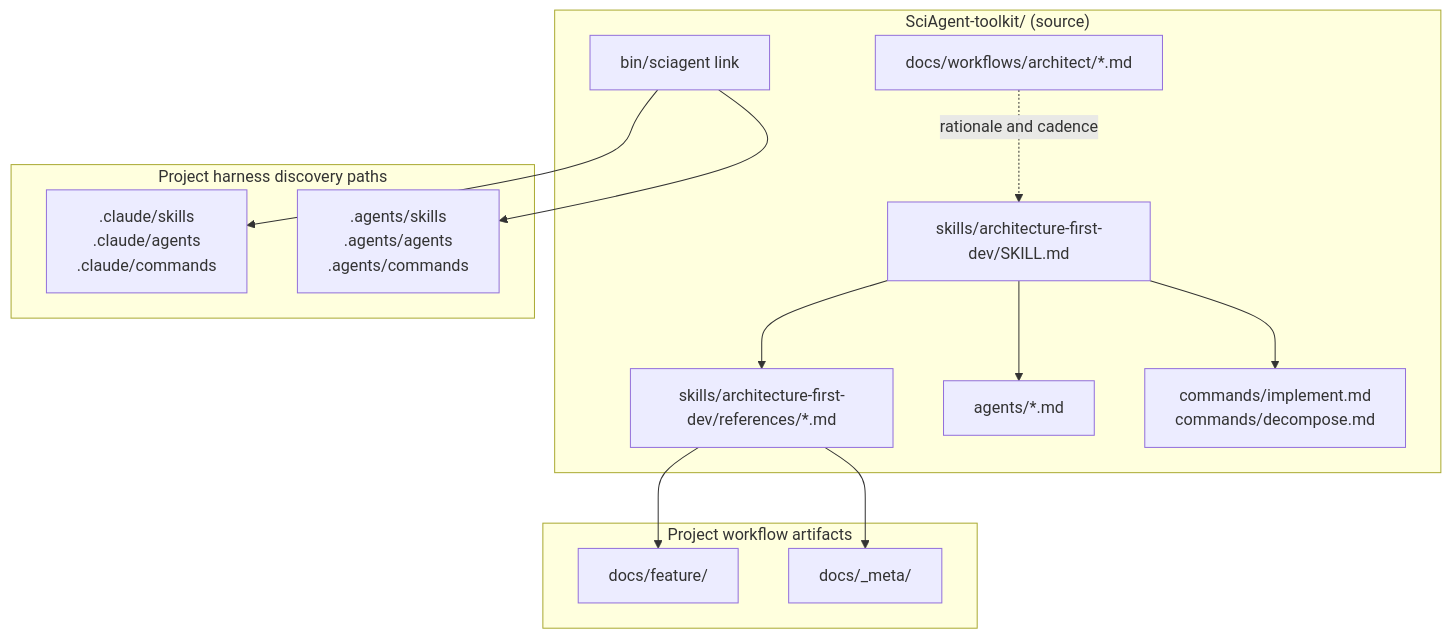
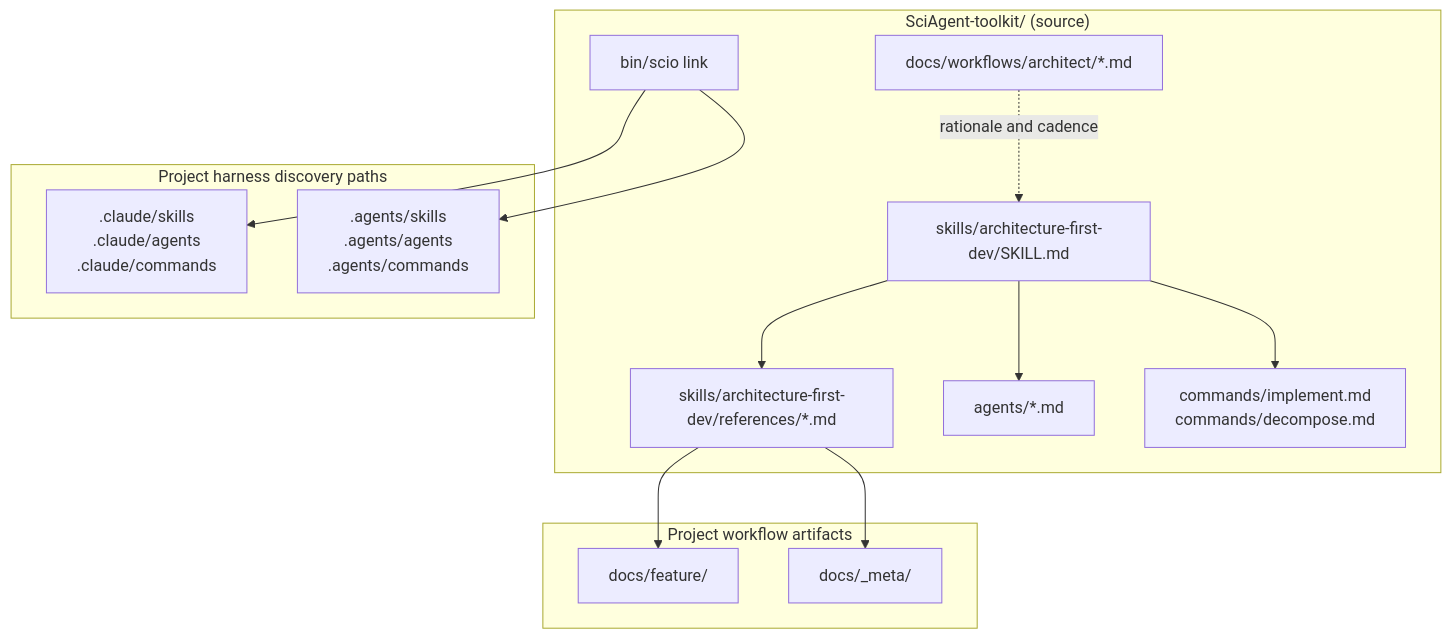
Before and after one commit to tony-zhelonkin/SciAgent-toolkit: the first of 2 diagrams in docs/workflows/architect/01-architecture.md, drawn with Mermaid. The commit also changed other lines of this file and 103 other files, not shown here.

````diff
--- a/docs/workflows/architect/01-architecture.md
+++ b/docs/workflows/architect/01-architecture.md
@@ -15,30 +15,30 @@
 ```mermaid
 graph TD
     subgraph "SciAgent-toolkit/ (source)"
         ROUTER[skills/architecture-first-dev/SKILL.md]
         REFS[skills/architecture-first-dev/references/*.md]
         AGENTS[agents/*.md]
         COMMANDS[commands/implement.md<br/>commands/decompose.md]
         DOCS[docs/workflows/architect/*.md]
-        LINK[bin/sciagent link]
+        LINK[bin/scio link]
     end
 
     subgraph "Project harness discovery paths"
         CLAUDE[.claude/skills<br/>.claude/agents<br/>.claude/commands]
         PORTABLE[.agents/skills<br/>.agents/agents<br/>.agents/commands]
     end
 
     subgraph "Project workflow artifacts"
         FEATURE[docs/feature/]
         META[docs/_meta/]
     end
 
     LINK --> CLAUDE
     LINK --> PORTABLE
     ROUTER --> REFS
     ROUTER --> AGENTS
     ROUTER --> COMMANDS
     DOCS -.rationale and cadence.-> ROUTER
     REFS --> FEATURE
     REFS --> META
 ```
````
